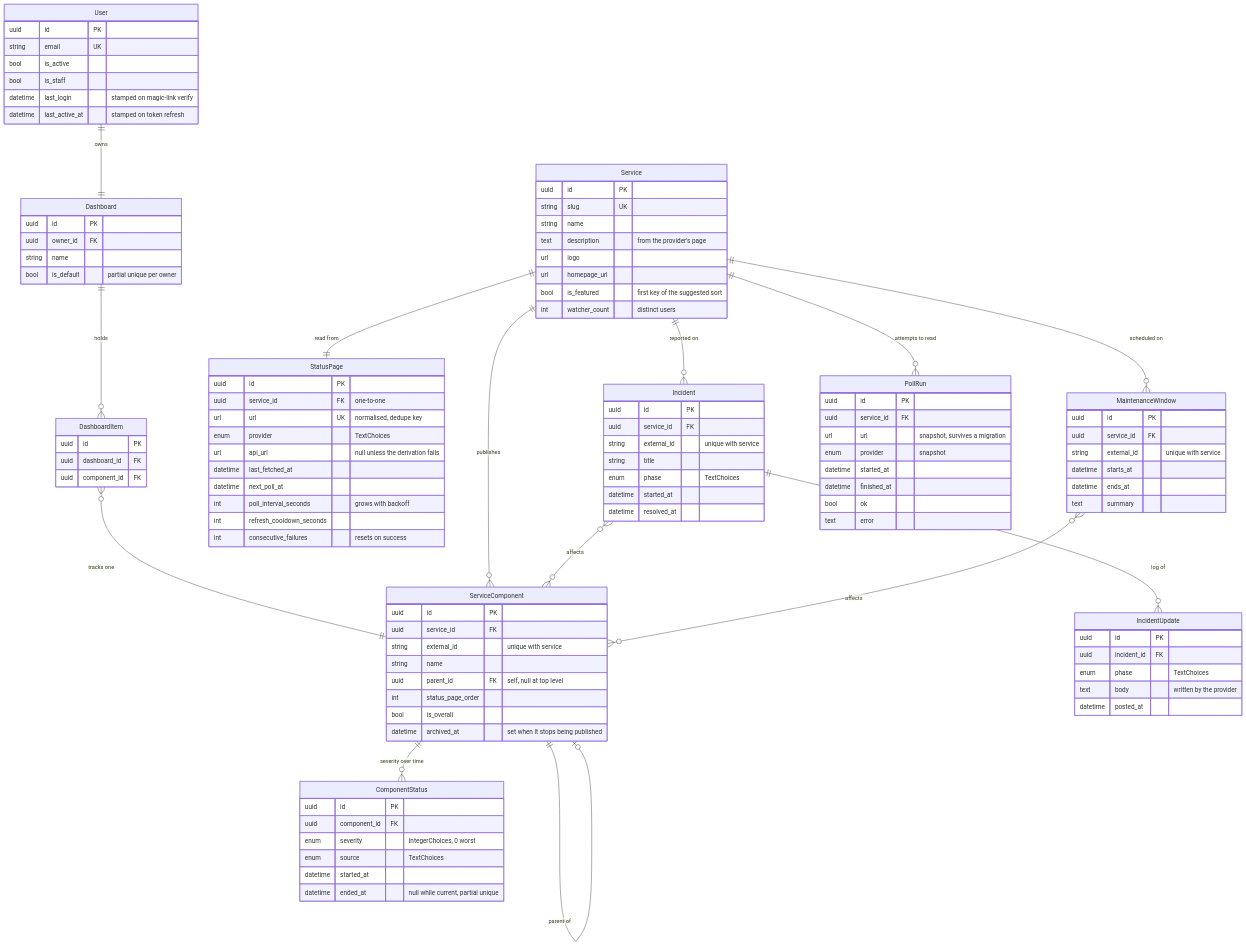
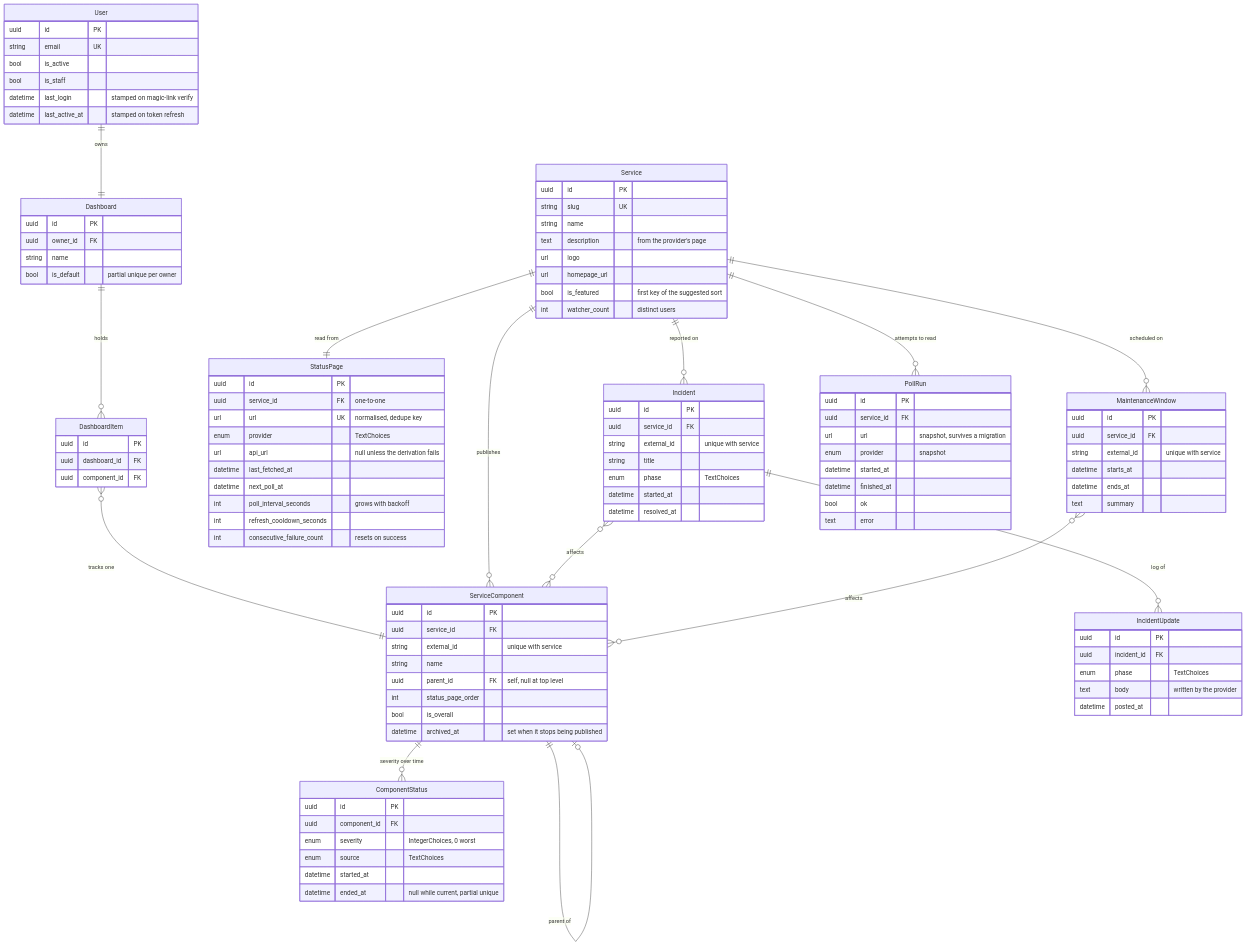
Before and after one commit to thalida/statusboard: the second of 2 diagrams in docs/specs/2026-08-23-statusboard-design.md, drawn with Mermaid. The commit also changed other lines of this file and 2 other files, not shown here.

First line of the commit message:
docs: consecutive_failures becomes consecutive_failure_count

```diff
--- a/docs/specs/2026-08-23-statusboard-design.md
+++ b/docs/specs/2026-08-23-statusboard-design.md
@@ -143,7 +143,7 @@
         datetime next_poll_at
         int poll_interval_seconds "grows with backoff"
         int refresh_cooldown_seconds
-        int consecutive_failures "resets on success"
+        int consecutive_failure_count "resets on success"
     }
     ServiceComponent {
         uuid id PK
```
